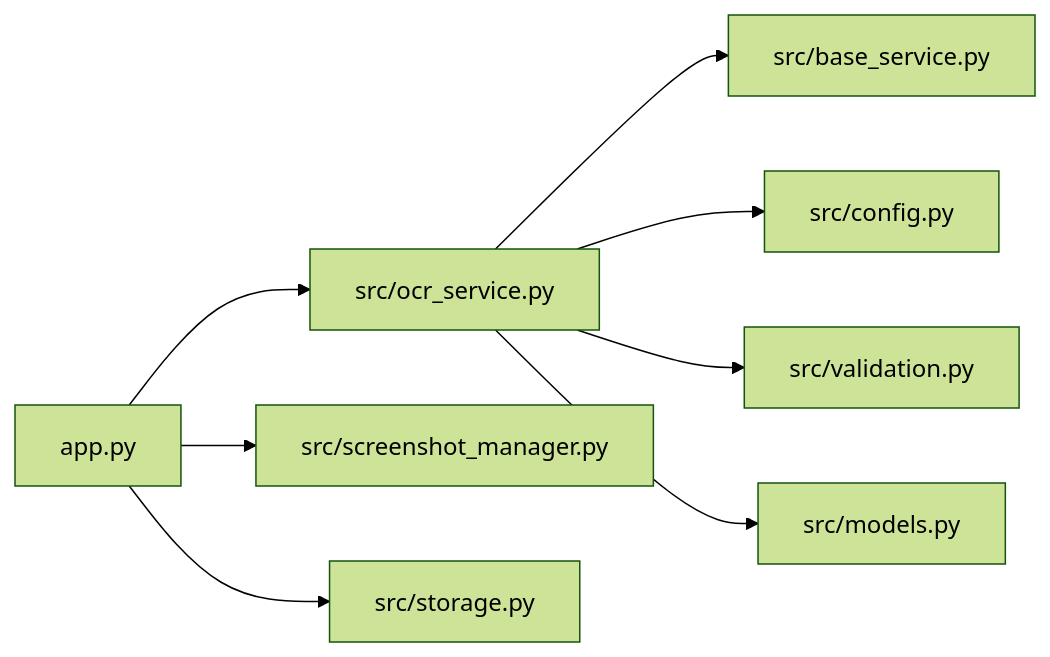
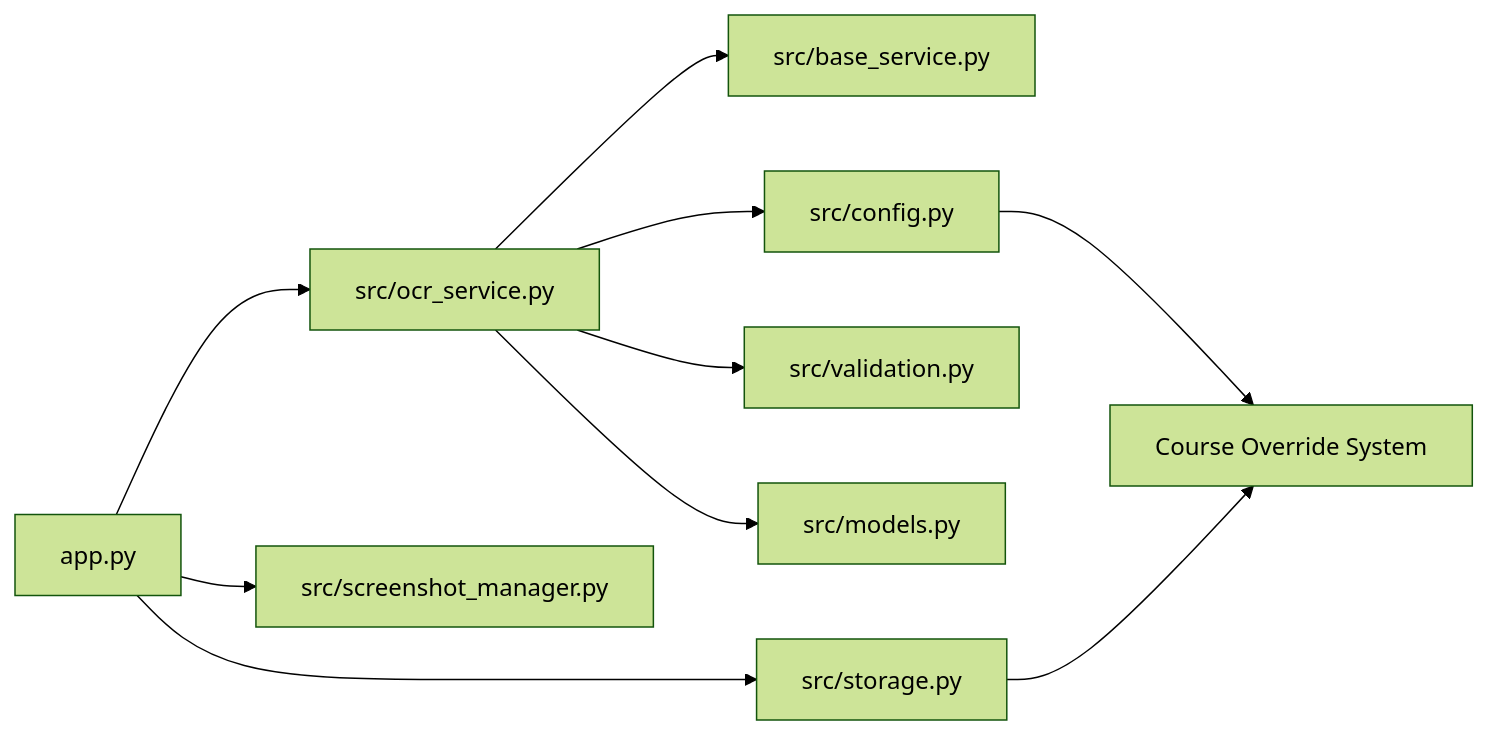
Before and after one commit to Johnny22056/SwimingStatus: the ninth of 9 diagrams in .qoder/repowiki/en/content/Feature Modules/OCR Integration.md, drawn with Mermaid (forest theme). The commit also changed other lines of this file and 4 other files, not shown here.

First line of the commit message:
feat: UI polish across all pages, icon updates, course override additions

````diff
--- a/.qoder/repowiki/en/content/Feature Modules/OCR Integration.md
+++ b/.qoder/repowiki/en/content/Feature Modules/OCR Integration.md
@@ -414,10 +485,12 @@
 ```mermaid
 graph LR
 APP["app.py"] --> OCR["src/ocr_service.py"]
 OCR --> BASE["src/base_service.py"]
 OCR --> CFG["src/config.py"]
 OCR --> VAL["src/validation.py"]
 OCR --> M["src/models.py"]
 APP --> SM["src/screenshot_manager.py"]
 APP --> DS["src/storage.py"]
+CFG --> CO["Course Override System"]
+DS --> CO
 ```
````
